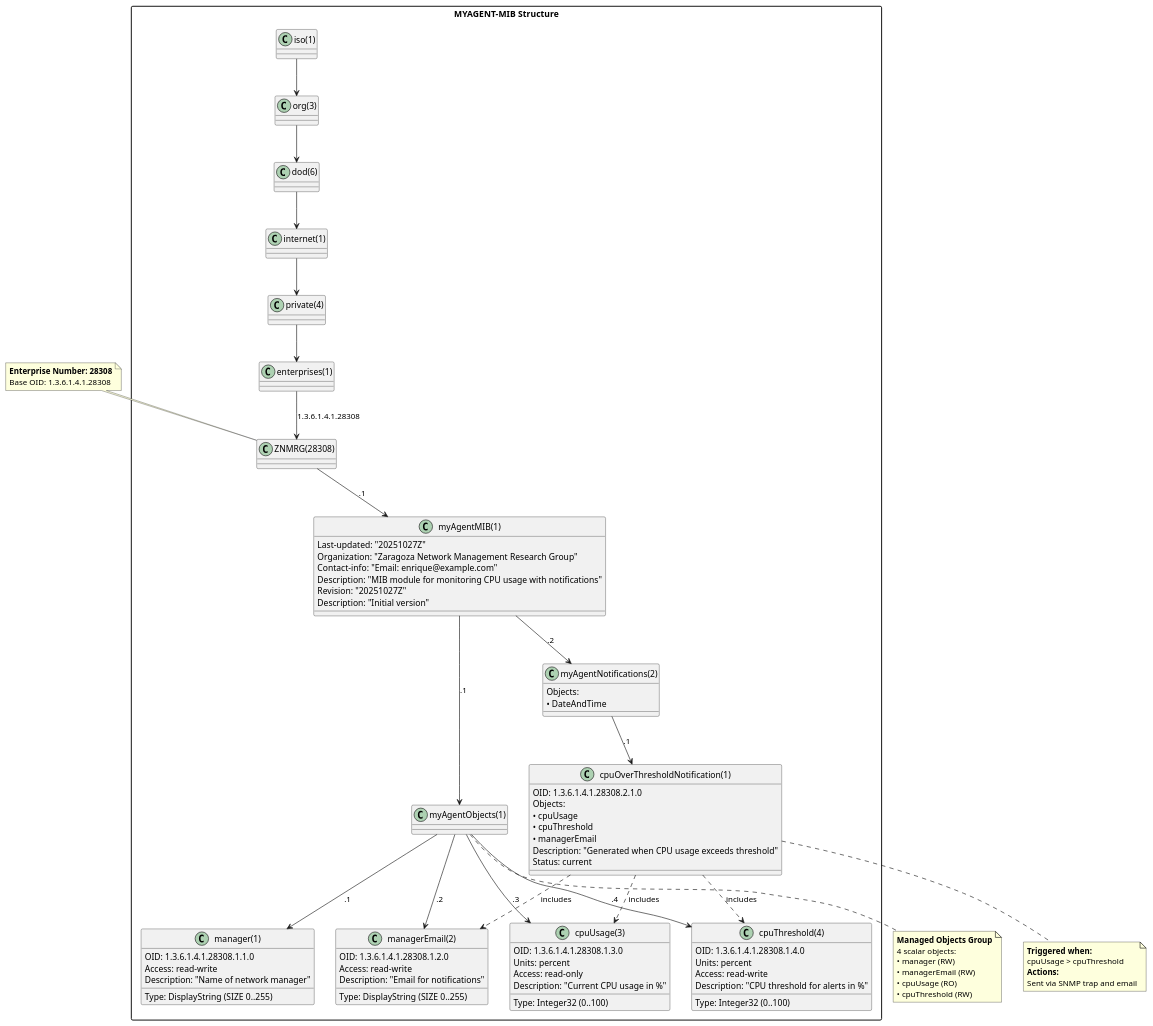
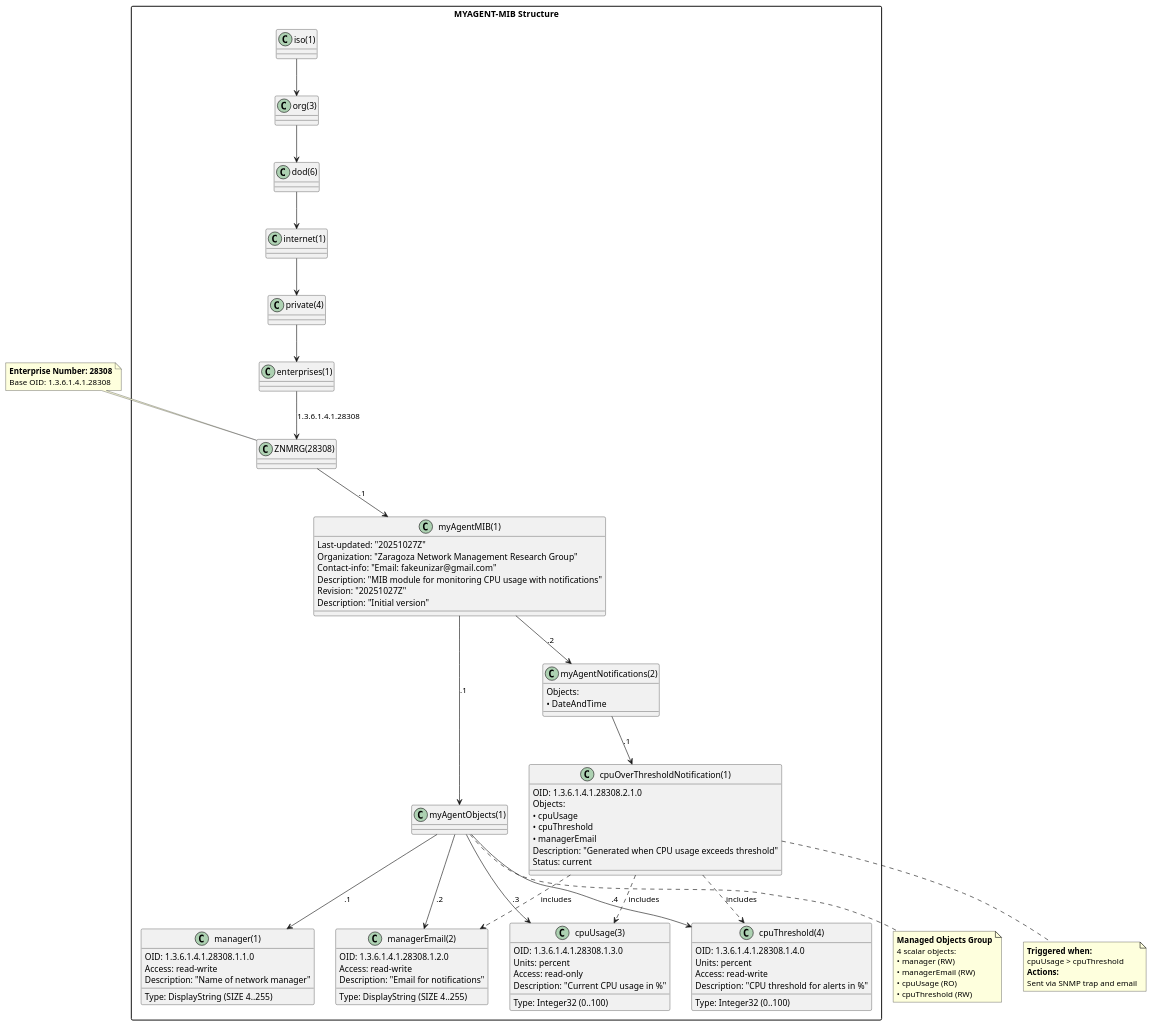
The diagram in mib_uml.wsd (enriquelandaespes/mini_SNMP_agent_with_notifications), drawn with PlantUML before and after one commit. The commit also changed 1 other file, not shown here.

```diff
--- a/mib_uml.wsd
+++ b/mib_uml.wsd
@@ -1,118 +1,118 @@
 @startuml MIB_UML
 skinparam packageStyle rectangle
 skinparam classAttributeIconSize 0
 
 package "MYAGENT-MIB Structure" {
 
   class "iso(1)" as iso
   class "org(3)" as org
   class "dod(6)" as dod
   class "internet(1)" as internet
   class "private(4)" as private
   class "enterprises(1)" as enterprises
   class "ZNMRG(28308)" as enterprise28308
   class "myAgentMIB(1)" as myAgentMIB{
     Last-updated: "20251027Z"
     Organization: "Zaragoza Network Management Research Group"
-    Contact-info: "Email: enrique@example.com"
+    Contact-info: "Email: fakeunizar@gmail.com"
     Description: "MIB module for monitoring CPU usage with notifications"
     Revision: "20251027Z"
     Description: "Initial version"
   }
 
   ' Subtrees
   class "myAgentObjects(1)" as myAgentObjects
   class "myAgentNotifications(2)" as myAgentNotifications{
     Objects: 
     • DateAndTime
   }
 
   ' Managed Objects
   class "manager(1)" as manager {
     OID: 1.3.6.1.4.1.28308.1.1.0
-    Type: DisplayString (SIZE 0..255)
+    Type: DisplayString (SIZE 4..255)
     Access: read-write
     Description: "Name of network manager"
   }
 
   class "managerEmail(2)" as managerEmail {
     OID: 1.3.6.1.4.1.28308.1.2.0
-    Type: DisplayString (SIZE 0..255)
+    Type: DisplayString (SIZE 4..255)
     Access: read-write
     Description: "Email for notifications"
   }
 
   class "cpuUsage(3)" as cpuUsage {
     OID: 1.3.6.1.4.1.28308.1.3.0
     Type: Integer32 (0..100)
     Units: percent
     Access: read-only
     Description: "Current CPU usage in %"
   }
 
   class "cpuThreshold(4)" as cpuThreshold {
     OID: 1.3.6.1.4.1.28308.1.4.0
     Type: Integer32 (0..100)
     Units: percent
     Access: read-write
     Description: "CPU threshold for alerts in %"
   }
 
   ' Notification
   class "cpuOverThresholdNotification(1)" as cpuOverThresholdNotification {
     OID: 1.3.6.1.4.1.28308.2.1.0
     Objects:
     • cpuUsage
     • cpuThreshold
     • managerEmail
     Description: "Generated when CPU usage exceeds threshold"
     Status: current
   }
 
   ' Hierarchy relationships
   iso --> org
   org --> dod
   dod --> internet
   internet --> private
   private --> enterprises
   enterprises --> enterprise28308 : "1.3.6.1.4.1.28308"
   enterprise28308 --> myAgentMIB : ".1"
 
   myAgentMIB --> myAgentObjects : ".1"
   myAgentMIB --> myAgentNotifications : ".2"
 
   myAgentObjects --> manager : ".1"
   myAgentObjects --> managerEmail : ".2"
   myAgentObjects --> cpuUsage : ".3"
   myAgentObjects --> cpuThreshold : ".4"
 
   myAgentNotifications --> cpuOverThresholdNotification : ".1"
 
   cpuOverThresholdNotification ..> cpuUsage : includes
   cpuOverThresholdNotification ..> cpuThreshold : includes
   cpuOverThresholdNotification ..> managerEmail : includes
 
 }
 
 note top of enterprise28308
   **Enterprise Number: 28308**
   Base OID: 1.3.6.1.4.1.28308
 end note
 
 note bottom of myAgentObjects
   **Managed Objects Group**
   4 scalar objects:
   • manager (RW)
   • managerEmail (RW)
   • cpuUsage (RO)
   • cpuThreshold (RW)
 end note
 
 note bottom of cpuOverThresholdNotification
   **Triggered when:**
   cpuUsage > cpuThreshold
   **Actions:**
   Sent via SNMP trap and email
 end note
 
 @enduml
```
